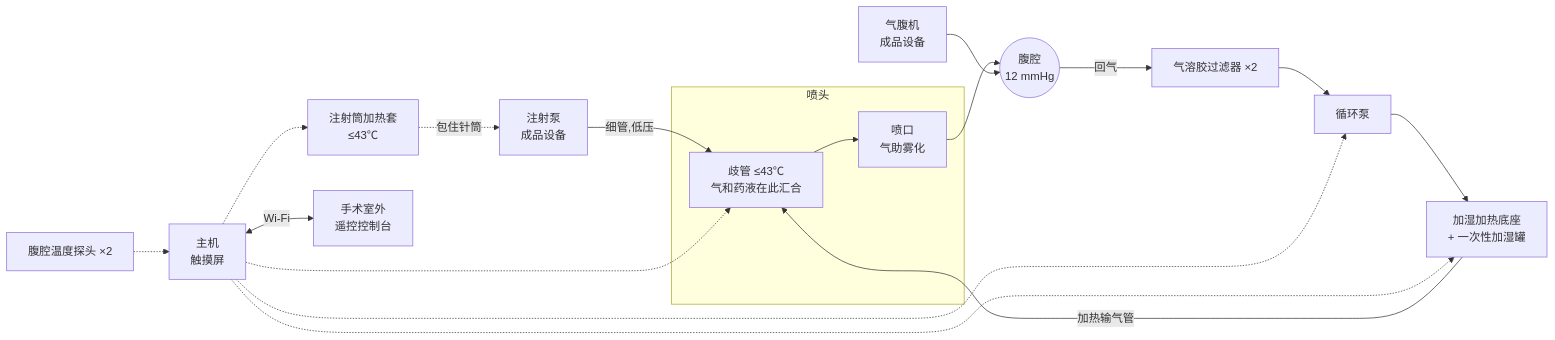
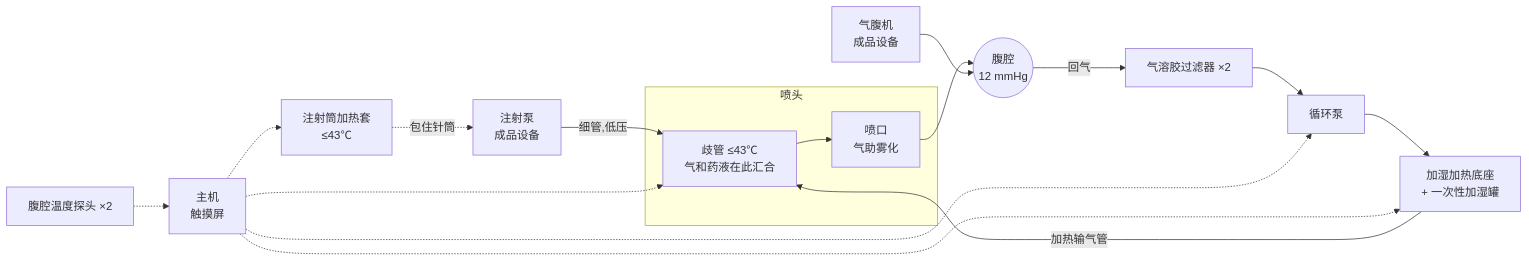
Before and after one commit to zyyyyy07/hpipac-heater: the diagram in 1-design/README.md, drawn with Mermaid. The commit also changed other lines of this file and 16 other files, not shown here.

````diff
--- a/1-design/README.md
+++ b/1-design/README.md
@@ -80,16 +80,15 @@
 ```mermaid
 flowchart LR
   SP[注射泵<br/>成品设备] -- 细管,低压 --> NOZ
   SYR[注射筒加热套<br/>≤43℃] -. 包住针筒 .-> SP
   subgraph 喷头
     NOZ[歧管 ≤43℃<br/>气和药液在此汇合] --> TIP[喷口<br/>气助雾化]
   end
   TIP --> AB((腹腔<br/>12 mmHg))
   INS[气腹机<br/>成品设备] --> AB
   AB -- 回气 --> F[气溶胶过滤器 ×2] --> PUMP[循环泵]
   PUMP --> HUM[加湿加热底座<br/>+ 一次性加湿罐]
   HUM -- 加热输气管 --> NOZ
   IP[腹腔温度探头 ×2] -.-> MCU[主机<br/>触摸屏]
   MCU -.-> SYR & NOZ & HUM & PUMP
-  MCU <-- Wi-Fi --> CON[手术室外<br/>遥控控制台]
 ```
````
